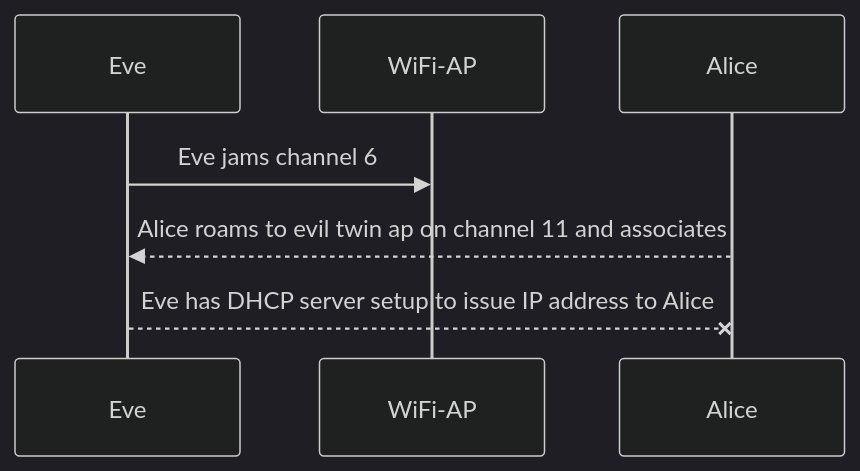
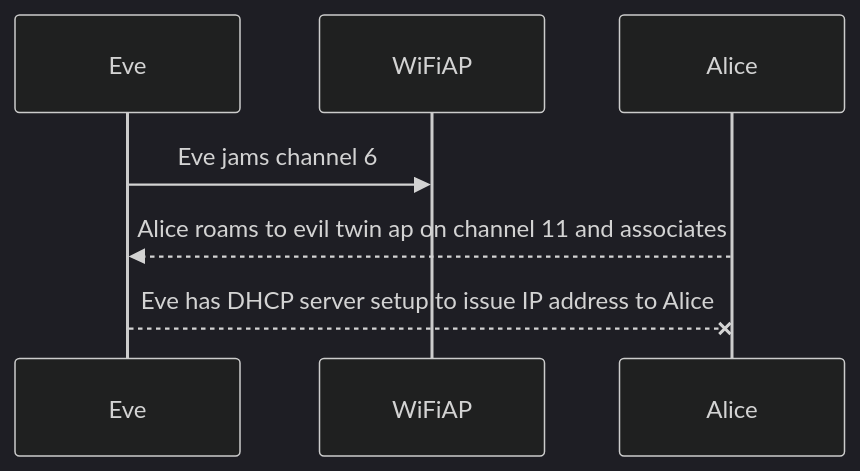
One commit to fadasr/fadasr.github.io changed the diagram in _posts/2018-11-18-evil-twin-ap-attacks.md. Above: the diagram before and after it, drawn with Mermaid (dark theme). The commit also changed other lines of this file, not shown here.

````diff
--- a/_posts/2018-11-18-evil-twin-ap-attacks.md
+++ b/_posts/2018-11-18-evil-twin-ap-attacks.md
@@ -10,6 +10,6 @@
 ```mermaid
 sequenceDiagram
-Eve ->> WiFi-AP: Eve jams channel 6
+Eve ->> WiFiAP: Eve jams channel 6
 Alice-->>Eve: Alice roams to evil twin ap on channel 11 and associates
 Eve--x Alice: Eve has DHCP server setup to issue IP address to Alice
 ```
````
